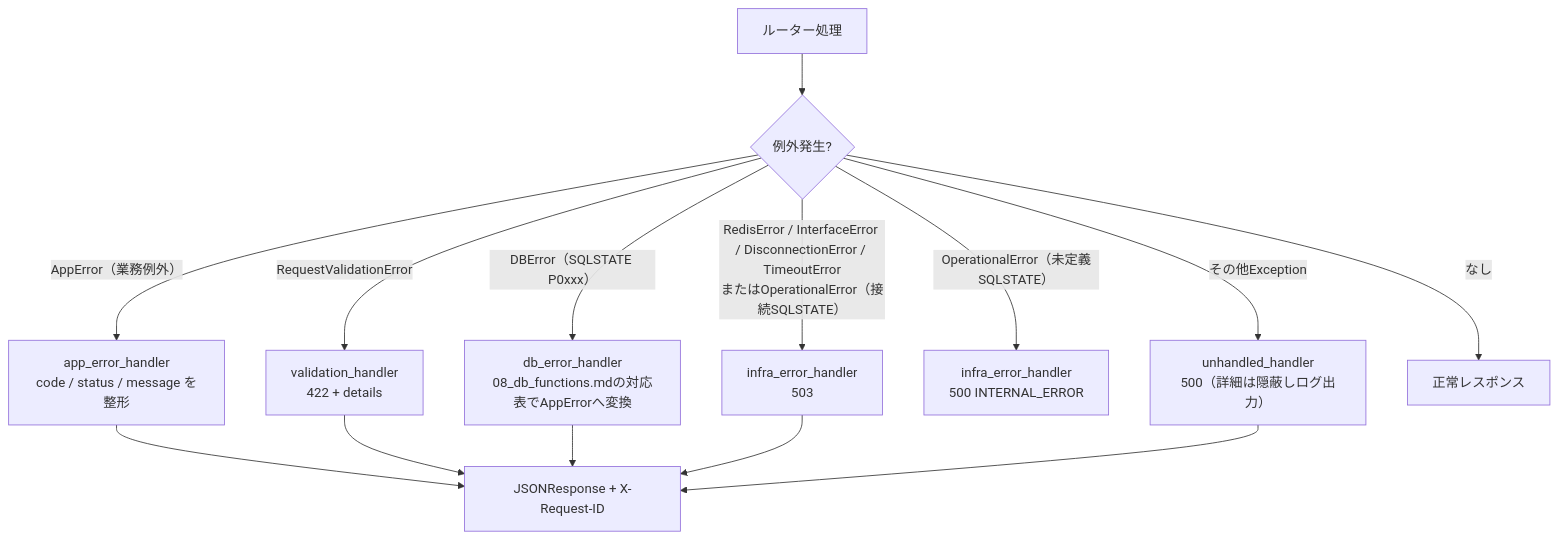
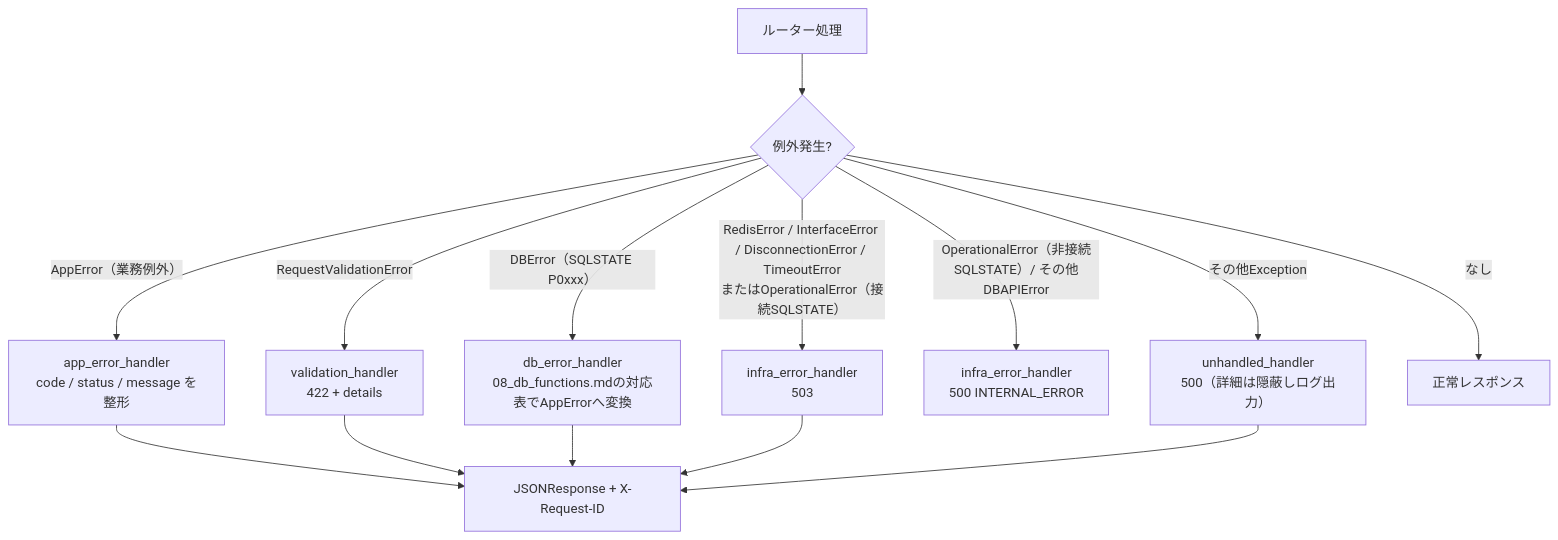
Before and after one commit to oikawa-d/task_management: the first of 4 diagrams in docs/basic_design/04_api.md, drawn with Mermaid. The commit also changed 15 other files, not shown here.

````diff
--- a/docs/basic_design/04_api.md
+++ b/docs/basic_design/04_api.md
@@ -464,16 +464,16 @@
 ```mermaid
 flowchart TB
     A["ルーター処理"] --> B{"例外発生?"}
     B -->|"AppError（業務例外）"| C["app_error_handler<br/>code / status / message を整形"]
     B -->|"RequestValidationError"| D["validation_handler<br/>422 + details"]
     B -->|"DBError（SQLSTATE P0xxx）"| E["db_error_handler<br/>08_db_functions.mdの対応表でAppErrorへ変換"]
     B -->|"RedisError / InterfaceError / DisconnectionError / TimeoutError<br/>またはOperationalError（接続SQLSTATE）"| F["infra_error_handler<br/>503"]
-    B -->|"OperationalError（未定義SQLSTATE）"| G2["infra_error_handler<br/>500 INTERNAL_ERROR"]
+    B -->|"OperationalError（非接続SQLSTATE）/ その他DBAPIError"| G2["infra_error_handler<br/>500 INTERNAL_ERROR"]
     B -->|"その他Exception"| G["unhandled_handler<br/>500（詳細は隠蔽しログ出力）"]
     B -->|なし| H["正常レスポンス"]
     C --> I["JSONResponse + X-Request-ID"]
     D --> I
     E --> I
     F --> I
     G --> I
 ```
````
